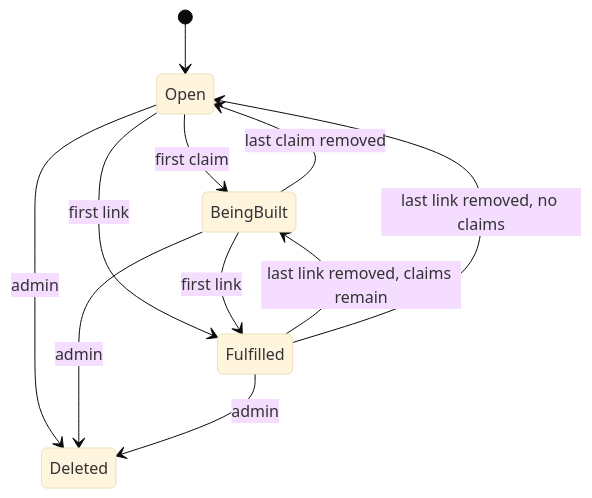
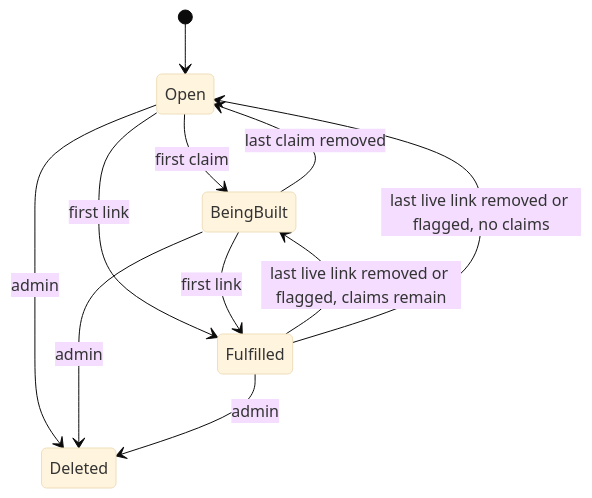
Before and after one commit to raghavg27/wishcode: the fourth of 4 diagrams in Wishcode — v1 PRD, TRD & App Flow.md, drawn with Mermaid (base theme). The commit also changed other lines of this file and 2 other files, not shown here.

````diff
--- a/Wishcode — v1 PRD, TRD & App Flow.md
+++ b/Wishcode — v1 PRD, TRD & App Flow.md
@@ -221,13 +253,13 @@
 ```mermaid
 stateDiagram-v2
   [*] --> Open
   Open --> BeingBuilt: first claim
   BeingBuilt --> Open: last claim removed
   Open --> Fulfilled: first link
   BeingBuilt --> Fulfilled: first link
-  Fulfilled --> BeingBuilt: last link removed, claims remain
-  Fulfilled --> Open: last link removed, no claims
+  Fulfilled --> BeingBuilt: last live link removed or flagged, claims remain
+  Fulfilled --> Open: last live link removed or flagged, no claims
   Open --> Deleted: admin
   BeingBuilt --> Deleted: admin
   Fulfilled --> Deleted: admin
 ```
````
